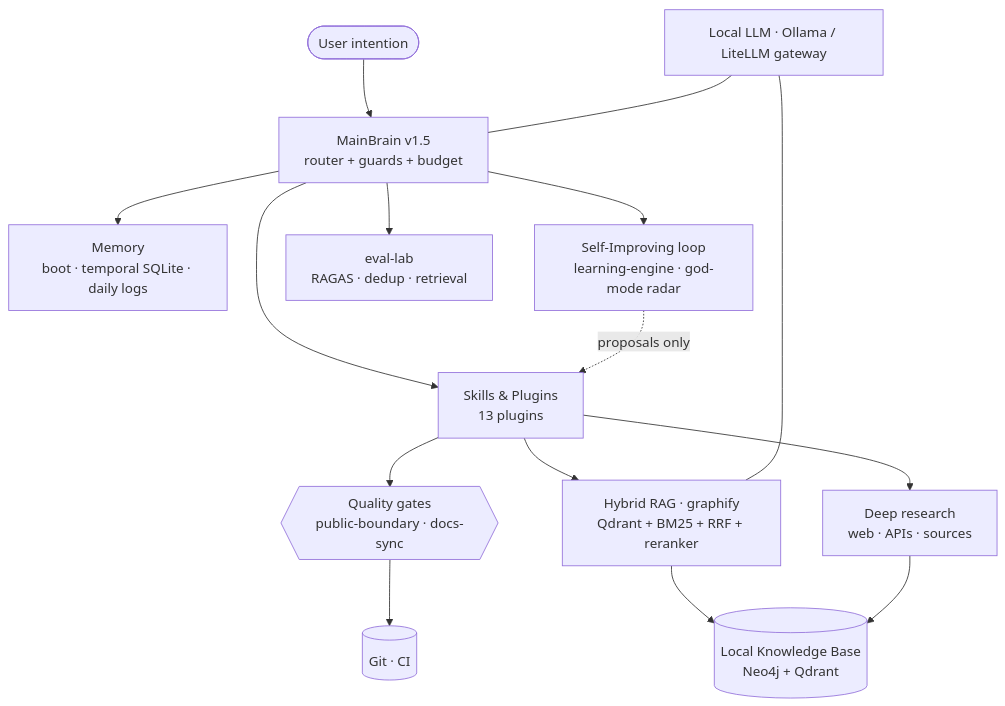
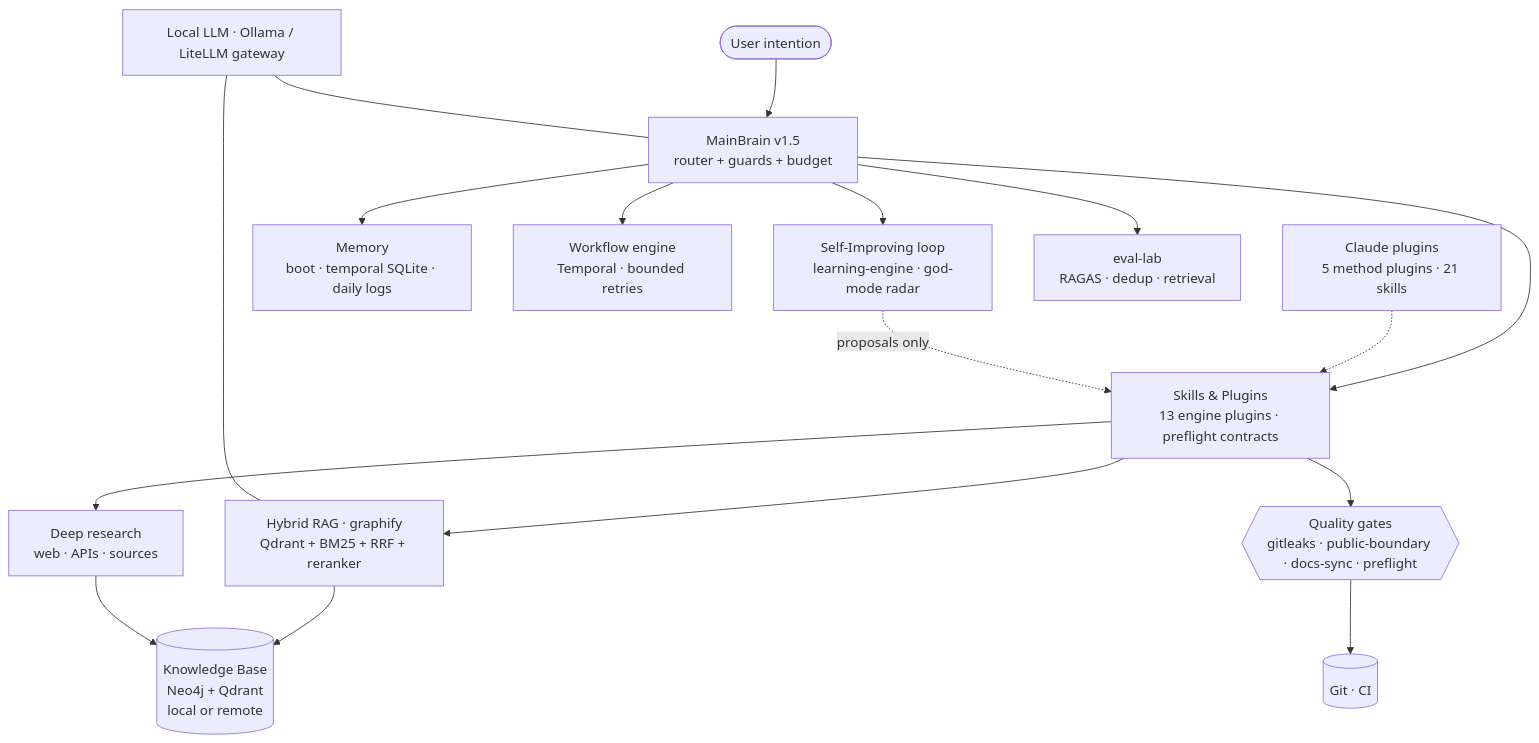
The diagram in data/readmes/GeekFamilyCorp__TricorderKit.md (zqf20096327/ai_collect), drawn with Mermaid before and after one commit. The commit also changed other lines of this file and 1876 other files, not shown here.

````diff
--- a/data/readmes/GeekFamilyCorp__TricorderKit.md
+++ b/data/readmes/GeekFamilyCorp__TricorderKit.md
@@ -80,17 +130,19 @@
 ```mermaid
 flowchart TD
     U([User intention]) --> MB[MainBrain v1.5<br/>router + guards + budget]
-    MB --> SK[Skills & Plugins<br/>13 plugins]
+    MB --> SK[Skills & Plugins<br/>13 engine plugins · preflight contracts]
+    CP[Claude plugins<br/>5 method plugins · 21 skills] -.-> SK
     MB --> MEM[Memory<br/>boot · temporal SQLite · daily logs]
     SK --> RAG[Hybrid RAG · graphify<br/>Qdrant + BM25 + RRF + reranker]
     SK --> RES[Deep research<br/>web · APIs · sources]
-    RAG --> KB[(Local Knowledge Base<br/>Neo4j + Qdrant)]
+    RAG --> KB[(Knowledge Base<br/>Neo4j + Qdrant<br/>local or remote)]
     RES --> KB
+    MB --> WF[Workflow engine<br/>Temporal · bounded retries]
     MB --> SI[Self-Improving loop<br/>learning-engine · god-mode radar]
     SI -. proposals only .-> SK
     MB --> EV[eval-lab<br/>RAGAS · dedup · retrieval]
-    SK --> GATE{{Quality gates<br/>public-boundary · docs-sync}}
+    SK --> GATE{{Quality gates<br/>gitleaks · public-boundary · docs-sync · preflight}}
     GATE --> GIT[(Git · CI)]
     LLM[Local LLM · Ollama / LiteLLM gateway] --- MB
     LLM --- RAG
 ```
````
